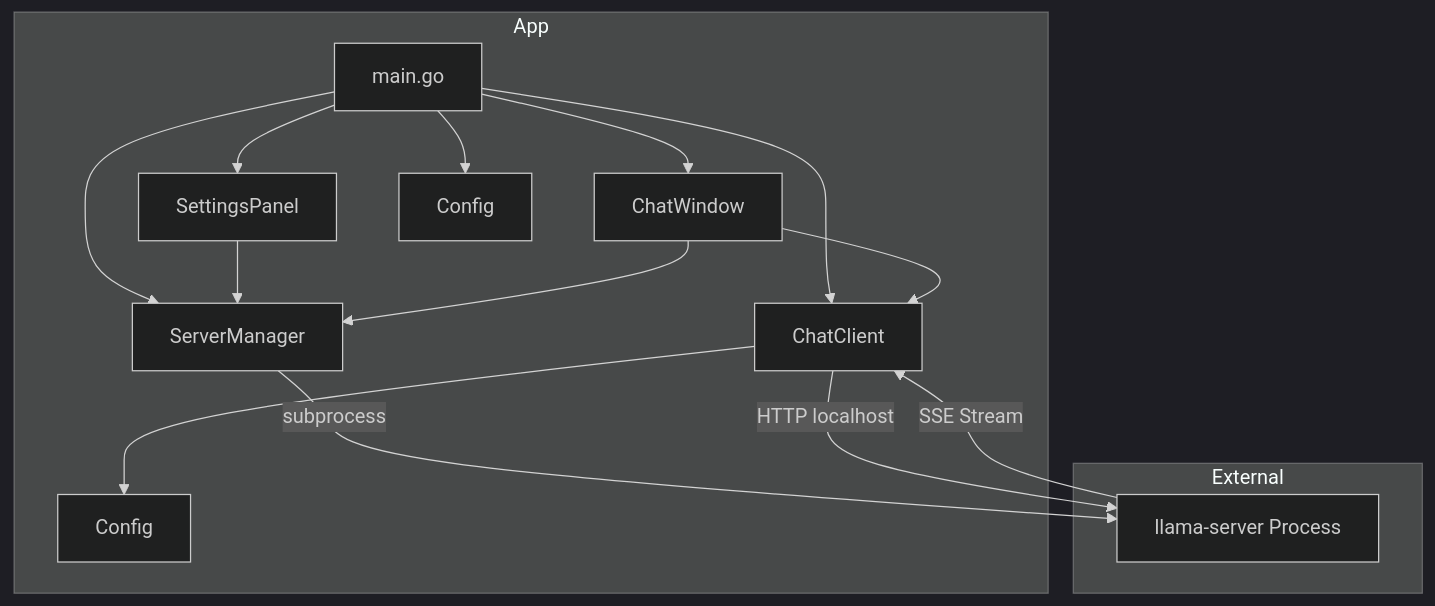
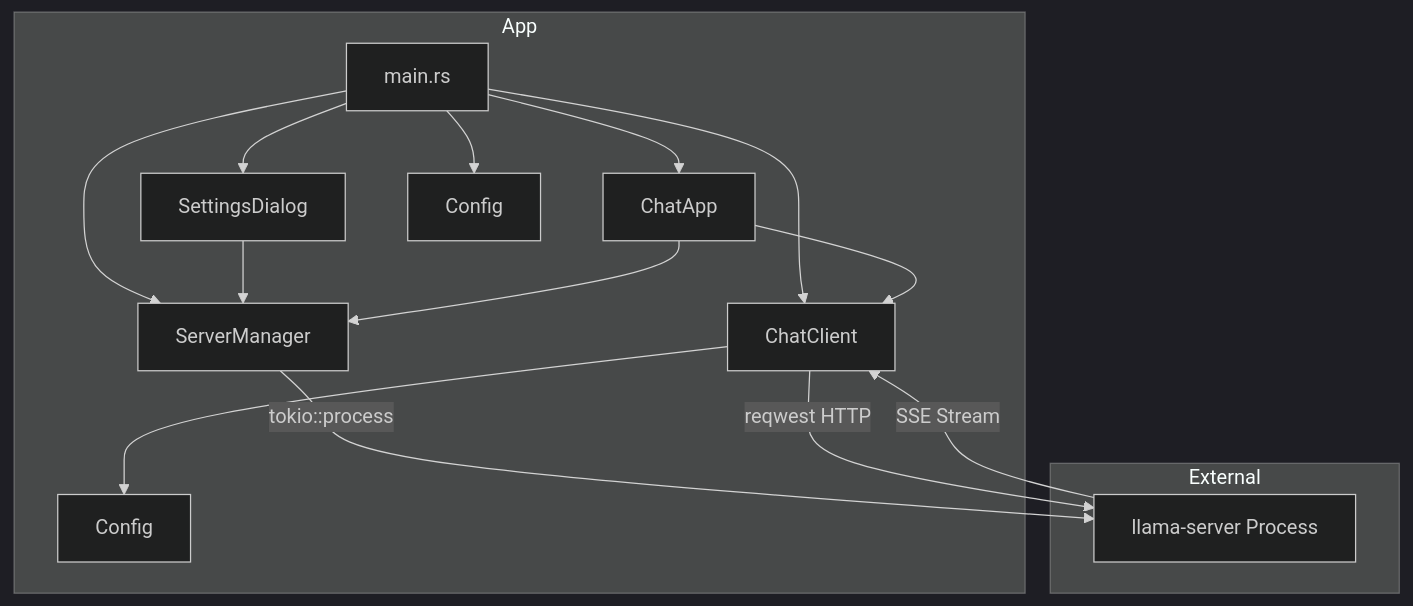
The first of 2 diagrams in plans/architecture.md (KillerInk/WuffAgent), drawn with Mermaid (dark theme) before and after one commit. The commit also changed other lines of this file and 12 other files, not shown here.

````diff
--- a/plans/architecture.md
+++ b/plans/architecture.md
@@ -336,23 +396,23 @@
 ```mermaid
 graph TB
     subgraph App
-        A[main.go]
-        A --> B[ChatWindow]
-        A -->C[SettingsPanel]
+        A[main.rs]
+        A --> B[ChatApp]
+        A -->C[SettingsDialog]
         A-->D[ServerManager]
         A-->E[ChatClient]
         A-->F[Config]
         C-->D
         B-->E
         B-->D
         E-->G[Config]
     end
     
     subgraph External
         H[llama-server Process]
     end
     
-    D-->|subprocess|H
-    E-->|HTTP localhost|H
+    D-->|tokio::process|H
+    E-->|reqwest HTTP|H
     H-->|SSE Stream|E
 ```
````
